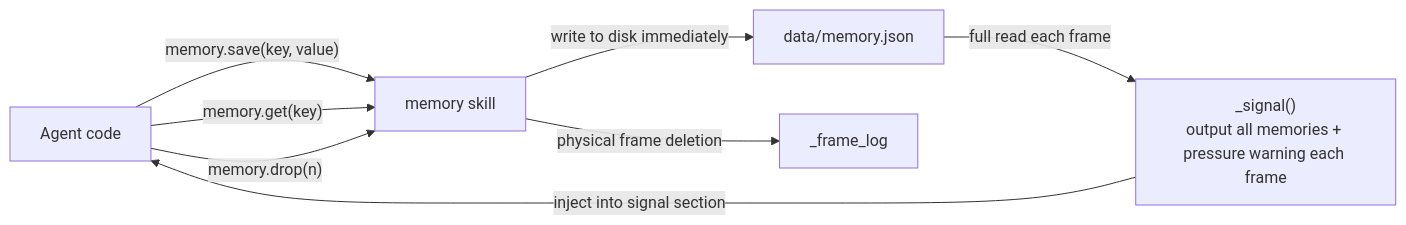
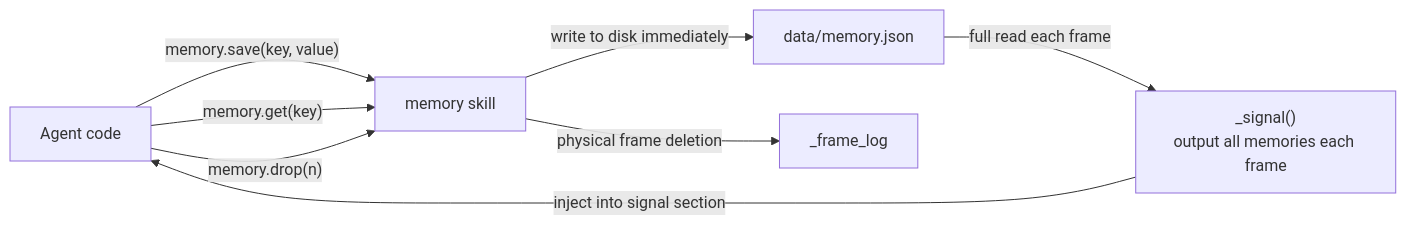
The second of 2 diagrams in src/vessal/skills/memory/CONTEXT.md (vessal-ai/vessal), drawn with Mermaid before and after one commit.

Commit message:
docs: remove stale pressure-warning from memory/CONTEXT.md Mermaid diagram

````diff
--- a/src/vessal/skills/memory/CONTEXT.md
+++ b/src/vessal/skills/memory/CONTEXT.md
@@ -40,16 +40,16 @@
 ```mermaid
 flowchart LR
     Agent["Agent code"]
     Skill["memory skill"]
     JSON["data/memory.json"]
-    Signal["_signal()\noutput all memories + pressure warning each frame"]
+    Signal["_signal()\noutput all memories each frame"]
     FL["_frame_log"]
 
     Agent -->|"memory.save(key, value)"| Skill
     Skill -->|"write to disk immediately"| JSON
     Agent -->|"memory.get(key)"| Skill
     Agent -->|"memory.drop(n)"| Skill
     Skill -->|"physical frame deletion"| FL
     JSON -->|"full read each frame"| Signal
     Signal -->|"inject into signal section"| Agent
 ```
````
